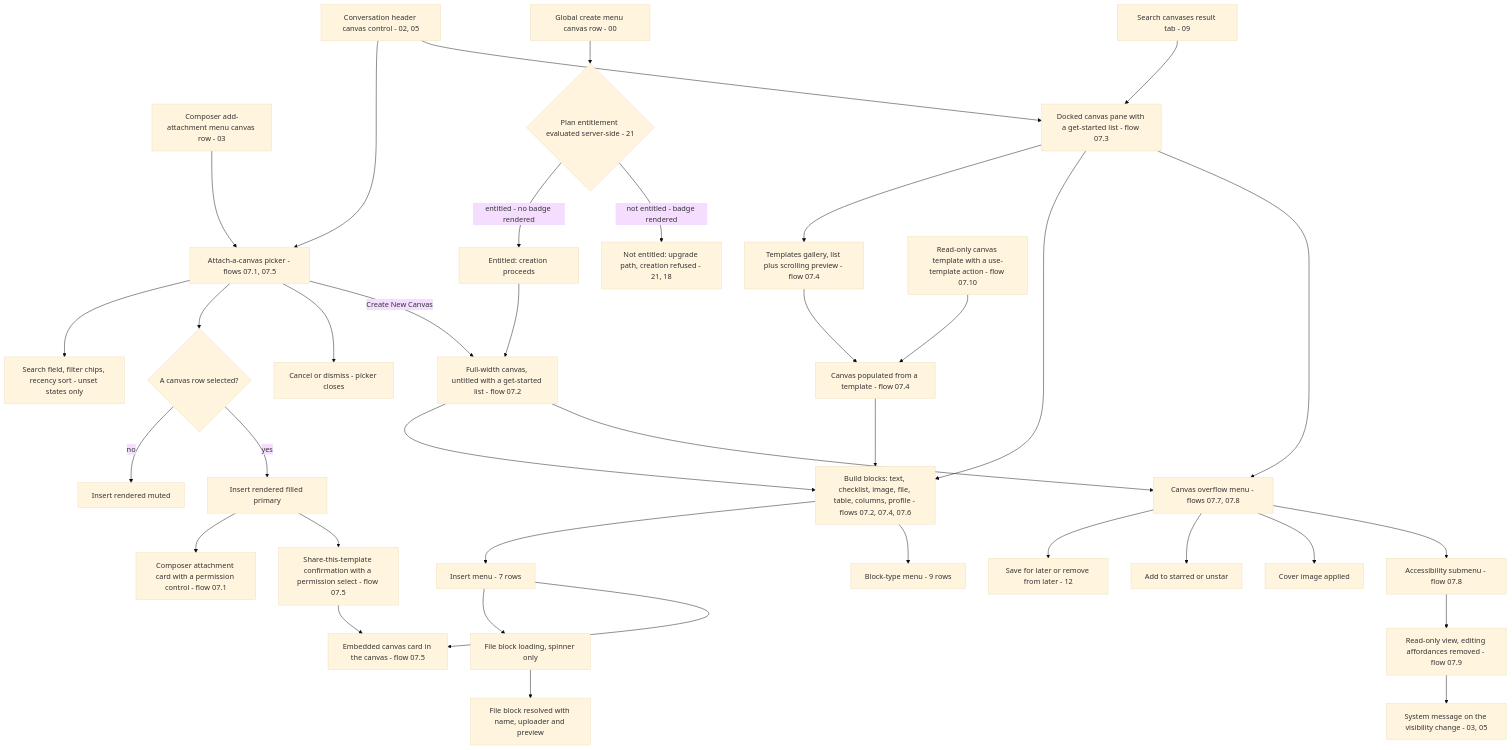
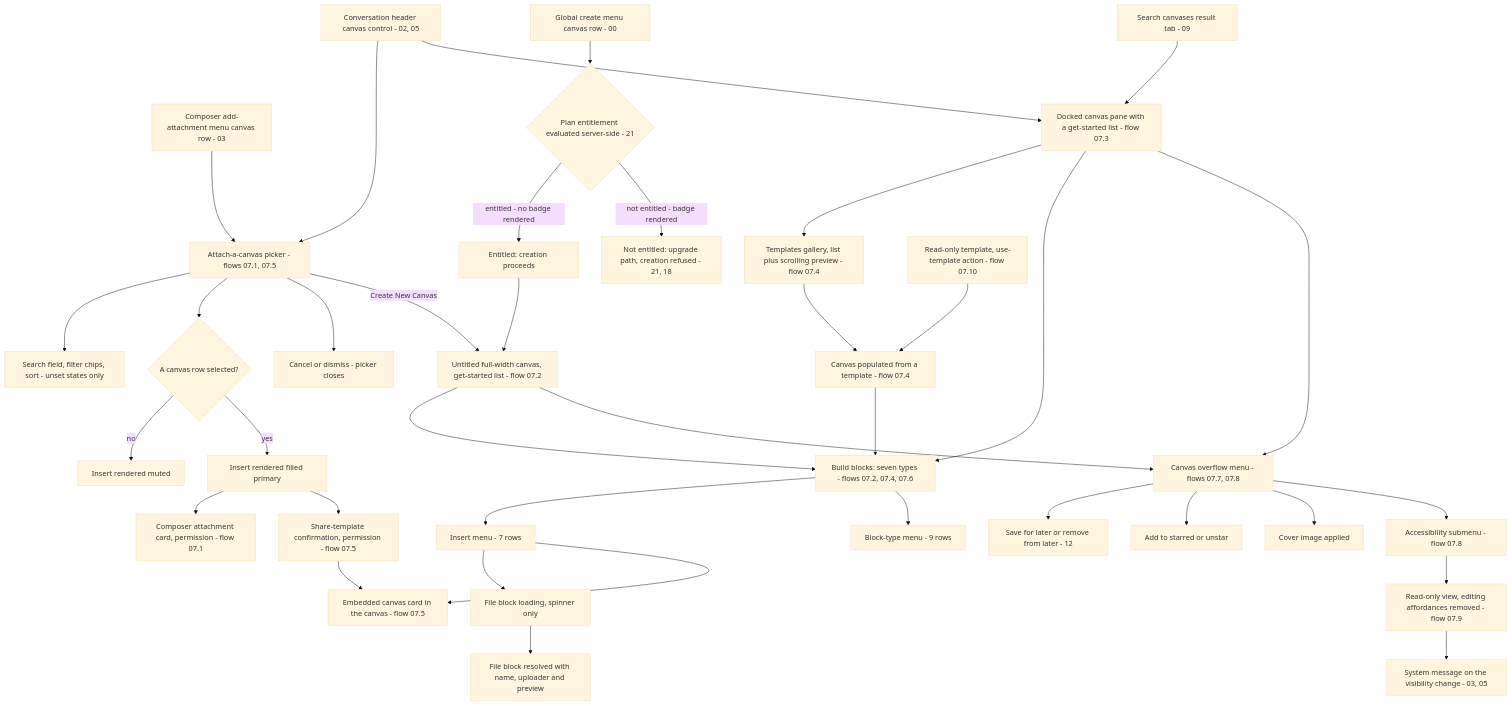
The diagram in docs/workflows/07-canvases.md (blitzy-research/blitzy-slack), drawn with Mermaid (base theme) before and after one commit. The commit also changed 18 other files, not shown here.

````diff
--- a/docs/workflows/07-canvases.md
+++ b/docs/workflows/07-canvases.md
@@ -355,82 +355,82 @@
 ```mermaid
 flowchart TD
     HEADERCTL["Conversation header canvas control - 02, 05"]
     CREATEMENU["Global create menu canvas row - 00"]
     ATTACHMENU["Composer add-attachment menu canvas row - 03"]
     SEARCHTAB["Search canvases result tab - 09"]
     GATE{"Plan entitlement evaluated server-side - 21"}
     ENTITLED["Entitled: creation proceeds"]
     UPSELL["Not entitled: upgrade path, creation refused - 21, 18"]
 
     PICKER["Attach-a-canvas picker - flows 07.1, 07.5"]
-    SEARCHFIELD["Search field, filter chips, recency sort - unset states only"]
+    SEARCHFIELD["Search field, filter chips, sort - unset states only"]
     ROWSEL{"A canvas row selected?"}
     INSERTOFF["Insert rendered muted"]
     INSERTON["Insert rendered filled primary"]
     CANCEL["Cancel or dismiss - picker closes"]
 
-    COMPOSERCHIP["Composer attachment card with a permission control - flow 07.1"]
-    SHARECONFIRM["Share-this-template confirmation with a permission select - flow 07.5"]
+    COMPOSERCHIP["Composer attachment card, permission - flow 07.1"]
+    SHARECONFIRM["Share-template confirmation, permission - flow 07.5"]
     EMBEDCARD["Embedded canvas card in the canvas - flow 07.5"]
 
-    NEWCANVAS["Full-width canvas, untitled with a get-started list - flow 07.2"]
+    NEWCANVAS["Untitled full-width canvas, get-started list - flow 07.2"]
     PANE["Docked canvas pane with a get-started list - flow 07.3"]
     GALLERY["Templates gallery, list plus scrolling preview - flow 07.4"]
     POPULATED["Canvas populated from a template - flow 07.4"]
 
-    BUILD["Build blocks: text, checklist, image, file, table, columns, profile - flows 07.2, 07.4, 07.6"]
+    BUILD["Build blocks: seven types - flows 07.2, 07.4, 07.6"]
     INSERTMENU["Insert menu - 7 rows"]
     BLOCKMENU["Block-type menu - 9 rows"]
     UPLOADING["File block loading, spinner only"]
     FILEBLOCK["File block resolved with name, uploader and preview"]
 
     OVERFLOW["Canvas overflow menu - flows 07.7, 07.8"]
     LATER["Save for later or remove from later - 12"]
     STARRED["Add to starred or unstar"]
     COVER["Cover image applied"]
     ACCESS["Accessibility submenu - flow 07.8"]
     READONLY["Read-only view, editing affordances removed - flow 07.9"]
     SYSMSG["System message on the visibility change - 03, 05"]
-    TEMPLATEREAD["Read-only canvas template with a use-template action - flow 07.10"]
+    TEMPLATEREAD["Read-only template, use-template action - flow 07.10"]
 
     HEADERCTL --> PICKER
     HEADERCTL --> PANE
     ATTACHMENU --> PICKER
     CREATEMENU --> GATE
     GATE -->|entitled - no badge rendered| ENTITLED
     GATE -->|not entitled - badge rendered| UPSELL
     ENTITLED --> NEWCANVAS
     SEARCHTAB --> PANE
 
     PICKER --> SEARCHFIELD
     PICKER --> ROWSEL
     ROWSEL -->|no| INSERTOFF
     ROWSEL -->|yes| INSERTON
     PICKER --> CANCEL
     PICKER -->|Create New Canvas| NEWCANVAS
     INSERTON --> COMPOSERCHIP
     INSERTON --> SHARECONFIRM
     SHARECONFIRM --> EMBEDCARD
 
     NEWCANVAS --> BUILD
     PANE --> GALLERY
     GALLERY --> POPULATED
     POPULATED --> BUILD
     PANE --> BUILD
 
     BUILD --> INSERTMENU
     BUILD --> BLOCKMENU
     INSERTMENU --> UPLOADING
     UPLOADING --> FILEBLOCK
     INSERTMENU --> EMBEDCARD
 
     PANE --> OVERFLOW
     NEWCANVAS --> OVERFLOW
     OVERFLOW --> LATER
     OVERFLOW --> STARRED
     OVERFLOW --> COVER
     OVERFLOW --> ACCESS
     ACCESS --> READONLY
     READONLY --> SYSMSG
     TEMPLATEREAD --> POPULATED
 ```
````
